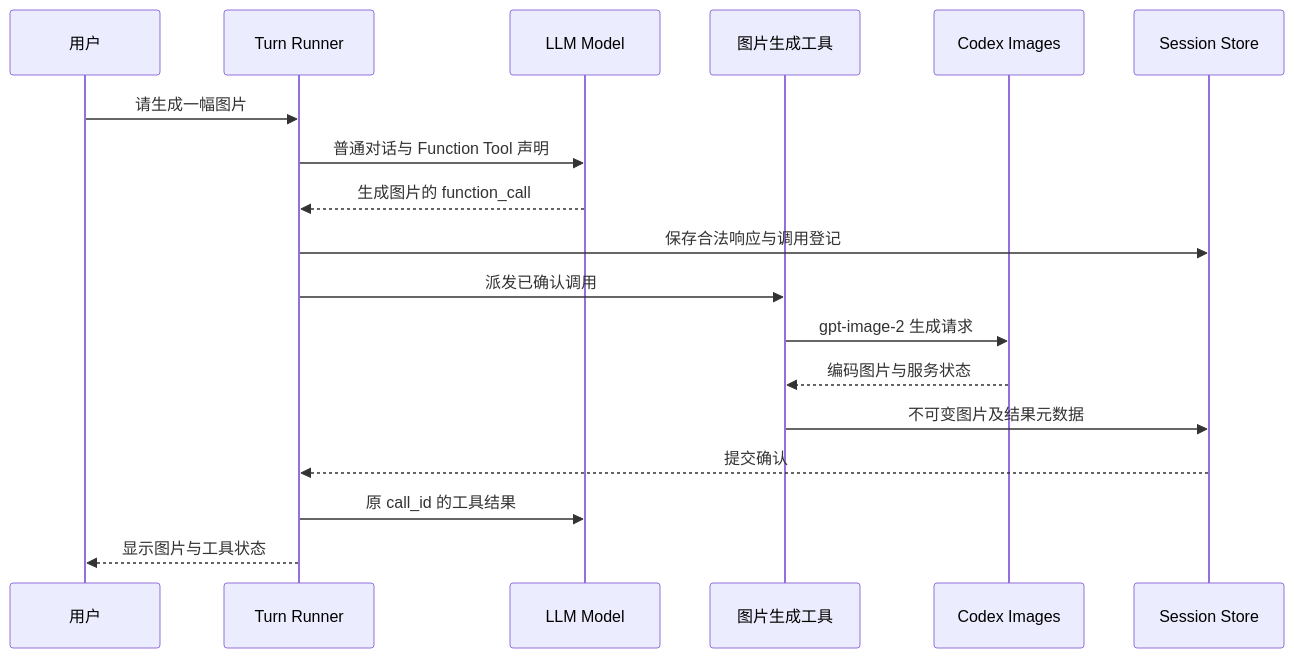
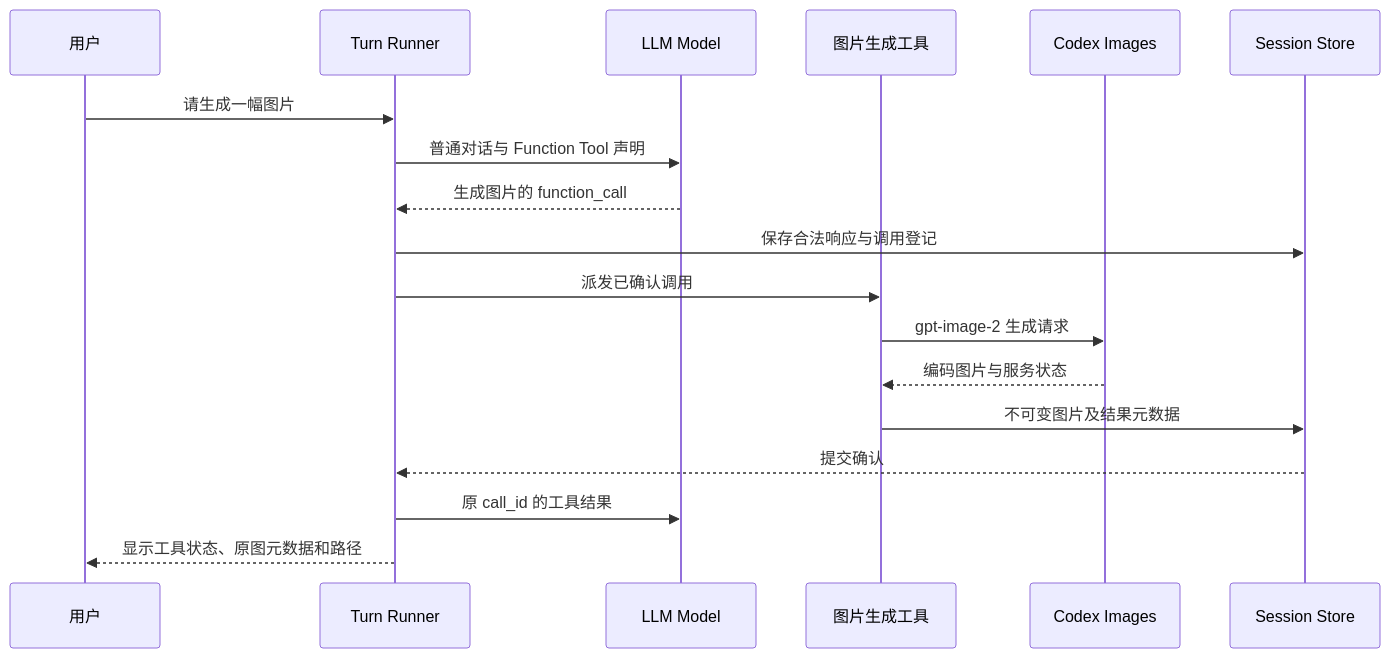
The diagram in docs/design/subscription-media/02-image-generation.md (slc90/Agentelier), drawn with Mermaid before and after one commit. The commit also changed other lines of this file and 29 other files, not shown here.

````diff
--- a/docs/design/subscription-media/02-image-generation.md
+++ b/docs/design/subscription-media/02-image-generation.md
@@ -9,20 +9,20 @@
 ```mermaid
 sequenceDiagram
     participant User as 用户
     participant Runner as Turn Runner
     participant Model as LLM Model
     participant Tool as 图片生成工具
     participant API as Codex Images
     participant Store as Session Store
     User->>Runner: 请生成一幅图片
     Runner->>Model: 普通对话与 Function Tool 声明
     Model-->>Runner: 生成图片的 function_call
     Runner->>Store: 保存合法响应与调用登记
     Runner->>Tool: 派发已确认调用
     Tool->>API: gpt-image-2 生成请求
     API-->>Tool: 编码图片与服务状态
     Tool->>Store: 不可变图片及结果元数据
     Store-->>Runner: 提交确认
     Runner->>Model: 原 call_id 的工具结果
-    Runner-->>User: 显示图片与工具状态
+    Runner-->>User: 显示工具状态、原图元数据和路径
 ```
````
